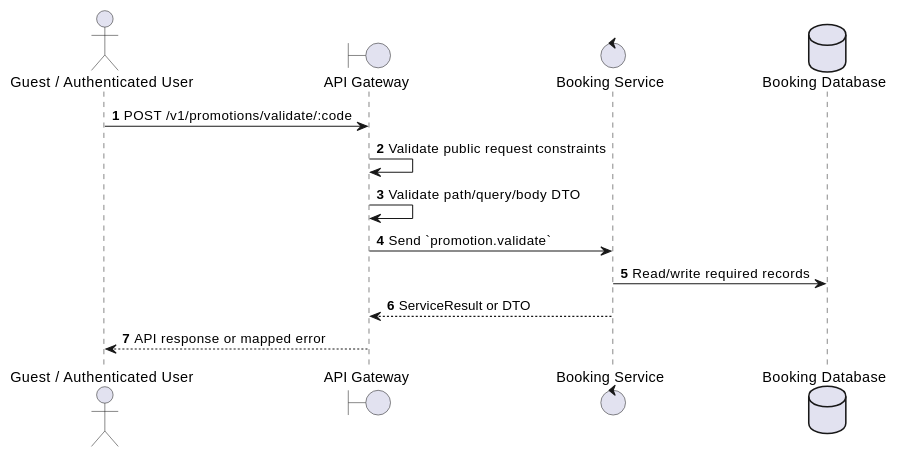
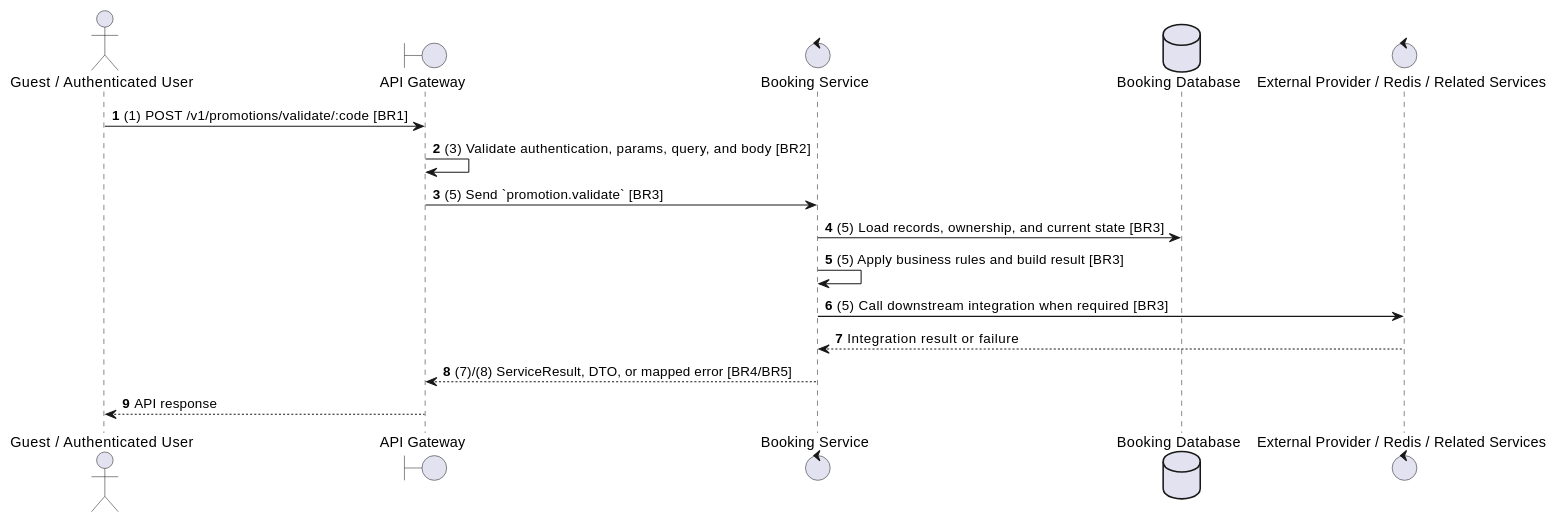
The second of 2 diagrams in docs/functional_specs/3.10_Promotions_Discounts_Module/PM-04_Validate_Promotion_Code.md (Tanh1603/movie-hub-architecture), drawn with PlantUML before and after one commit. The commit also changed other lines of this file and 129 other files, not shown here.

````diff
--- a/docs/functional_specs/3.10_Promotions_Discounts_Module/PM-04_Validate_Promotion_Code.md
+++ b/docs/functional_specs/3.10_Promotions_Discounts_Module/PM-04_Validate_Promotion_Code.md
@@ -17,17 +64,20 @@
 ```plantuml
 @startuml
 autonumber
 actor "Guest / Authenticated User" as Actor
 boundary "API Gateway" as GW
 control "Booking Service" as SVC
 database "Booking Database" as DB
+control "External Provider / Redis / Related Services" as EXT
 
-Actor -> GW: POST /v1/promotions/validate/:code
-GW -> GW: Validate public request constraints
-GW -> GW: Validate path/query/body DTO
-GW -> SVC: Send `promotion.validate`
-SVC -> DB: Read/write required records
-SVC --> GW: ServiceResult or DTO
-GW --> Actor: API response or mapped error
+Actor -> GW: (1) POST /v1/promotions/validate/:code [BR1]
+GW -> GW: (3) Validate authentication, params, query, and body [BR2]
+GW -> SVC: (5) Send `promotion.validate` [BR3]
+SVC -> DB: (5) Load records, ownership, and current state [BR3]
+SVC -> SVC: (5) Apply business rules and build result [BR3]
+SVC -> EXT: (5) Call downstream integration when required [BR3]
+EXT --> SVC: Integration result or failure
+SVC --> GW: (7)/(8) ServiceResult, DTO, or mapped error [BR4/BR5]
+GW --> Actor: API response
 @enduml
 ```
````
